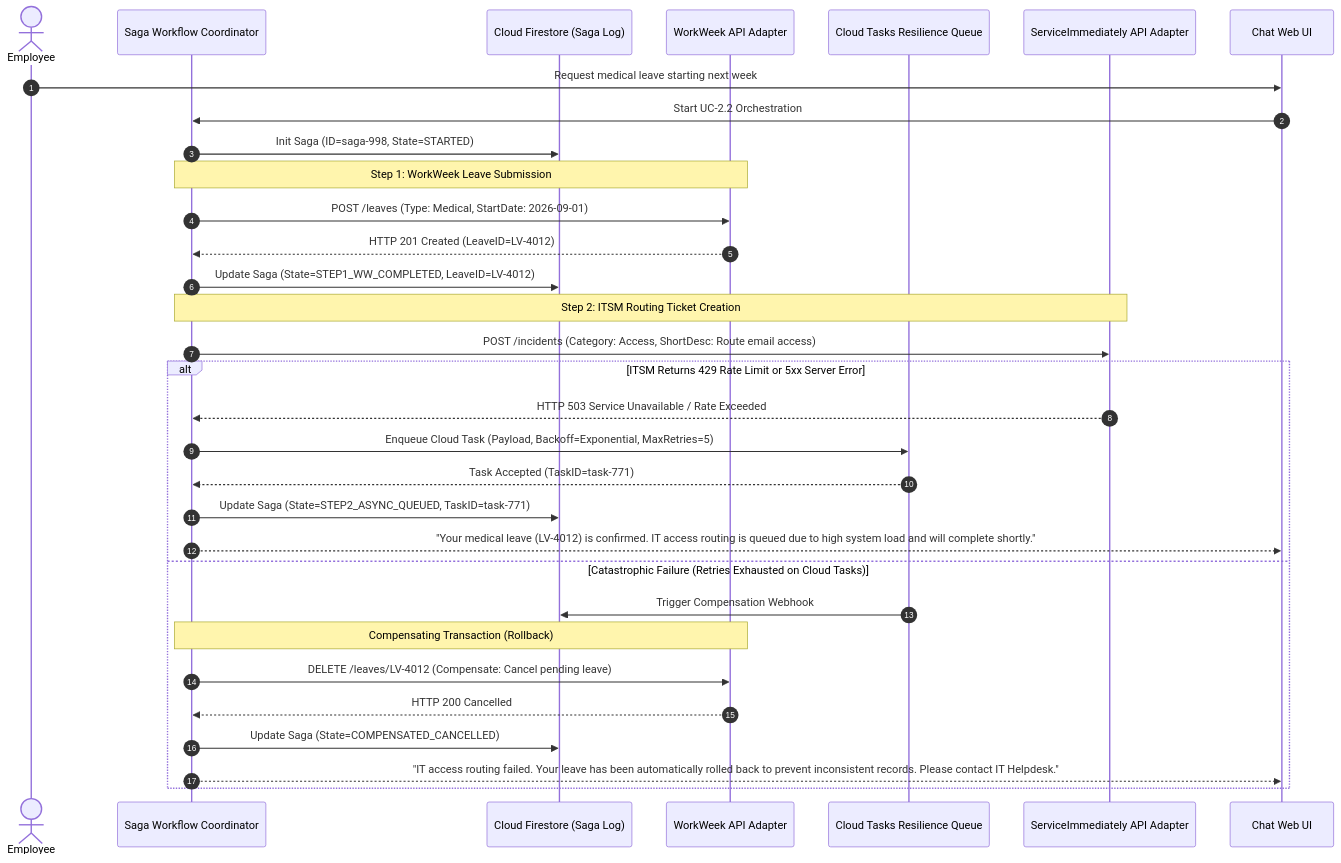
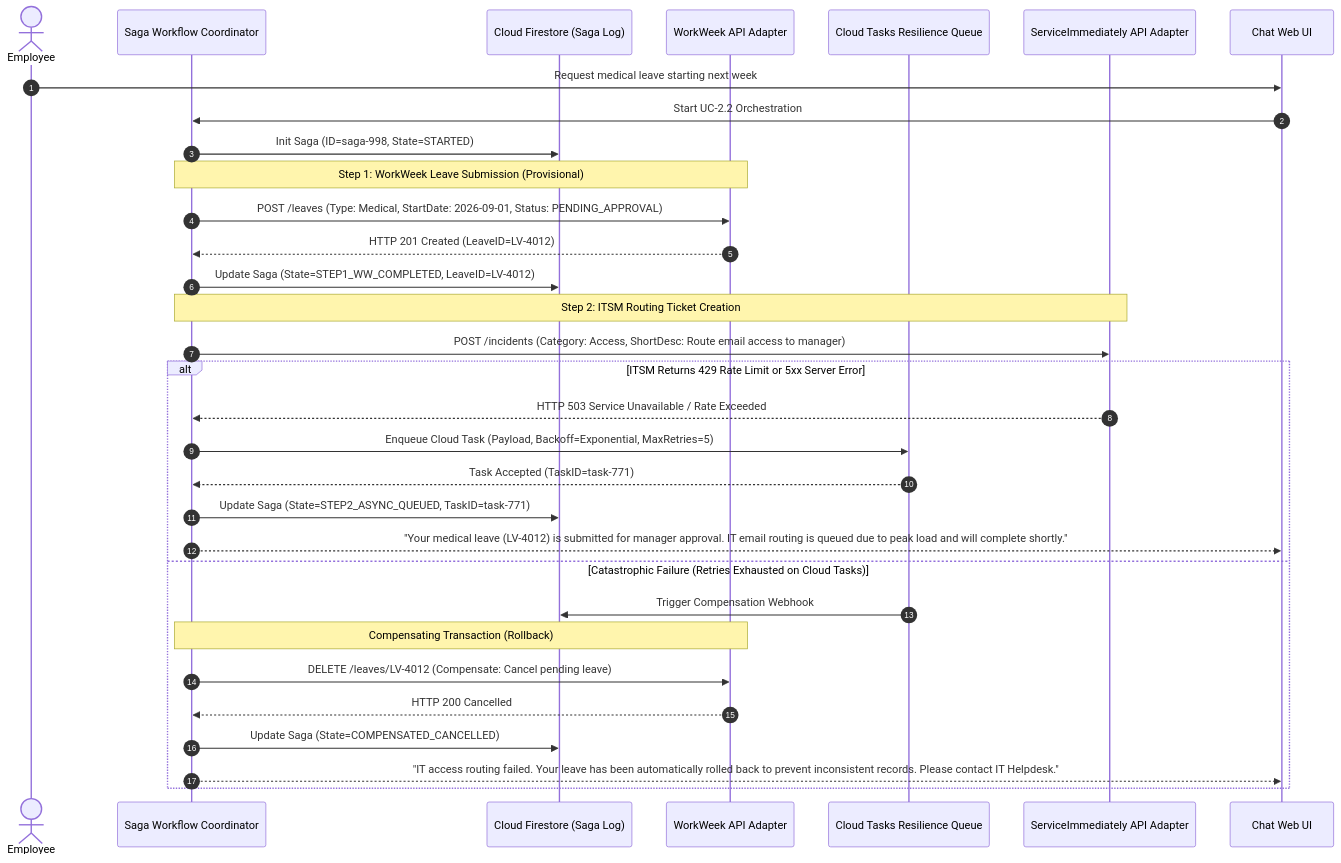
The sixth of 12 diagrams in Enterprise Agentic Solution Design Document - MVP 1.md (randyh0329/PRJ-ELEVATE-C1-G5), drawn with Mermaid before and after one commit. The commit also changed other lines of this file, not shown here.

````diff
--- a/Enterprise Agentic Solution Design Document - MVP 1.md
+++ b/Enterprise Agentic Solution Design Document - MVP 1.md
@@ -253,38 +256,38 @@
 ```mermaid
 sequenceDiagram
     autonumber
     actor User as Employee
     participant Orch as Saga Workflow Coordinator
     participant FS as Cloud Firestore (Saga Log)
     participant WW as WorkWeek API Adapter
     participant Tasks as Cloud Tasks Resilience Queue
     participant SI as ServiceImmediately API Adapter
     participant UI as Chat Web UI
 
     User->>UI: Request medical leave starting next week
     UI->>Orch: Start UC-2.2 Orchestration
     Orch->>FS: Init Saga (ID=saga-998, State=STARTED)
     
-    Note over Orch, WW: Step 1: WorkWeek Leave Submission
-    Orch->>WW: POST /leaves (Type: Medical, StartDate: 2026-09-01)
+    Note over Orch, WW: Step 1: WorkWeek Leave Submission (Provisional)
+    Orch->>WW: POST /leaves (Type: Medical, StartDate: 2026-09-01, Status: PENDING_APPROVAL)
     WW-->>Orch: HTTP 201 Created (LeaveID=LV-4012)
     Orch->>FS: Update Saga (State=STEP1_WW_COMPLETED, LeaveID=LV-4012)
     
     Note over Orch, SI: Step 2: ITSM Routing Ticket Creation
-    Orch->>SI: POST /incidents (Category: Access, ShortDesc: Route email access)
+    Orch->>SI: POST /incidents (Category: Access, ShortDesc: Route email access to manager)
     
     alt ITSM Returns 429 Rate Limit or 5xx Server Error
         SI-->>Orch: HTTP 503 Service Unavailable / Rate Exceeded
         Orch->>Tasks: Enqueue Cloud Task (Payload, Backoff=Exponential, MaxRetries=5)
         Tasks-->>Orch: Task Accepted (TaskID=task-771)
         Orch->>FS: Update Saga (State=STEP2_ASYNC_QUEUED, TaskID=task-771)
-        Orch-->>UI: "Your medical leave (LV-4012) is confirmed. IT access routing is queued due to high system load and will complete shortly."
+        Orch-->>UI: "Your medical leave (LV-4012) is submitted for manager approval. IT email routing is queued due to peak load and will complete shortly."
     else Catastrophic Failure (Retries Exhausted on Cloud Tasks)
         Tasks->>FS: Trigger Compensation Webhook
         Note over Orch, WW: Compensating Transaction (Rollback)
         Orch->>WW: DELETE /leaves/LV-4012 (Compensate: Cancel pending leave)
         WW-->>Orch: HTTP 200 Cancelled
         Orch->>FS: Update Saga (State=COMPENSATED_CANCELLED)
         Orch-->>UI: "IT access routing failed. Your leave has been automatically rolled back to prevent inconsistent records. Please contact IT Helpdesk."
     end
 ```
````
